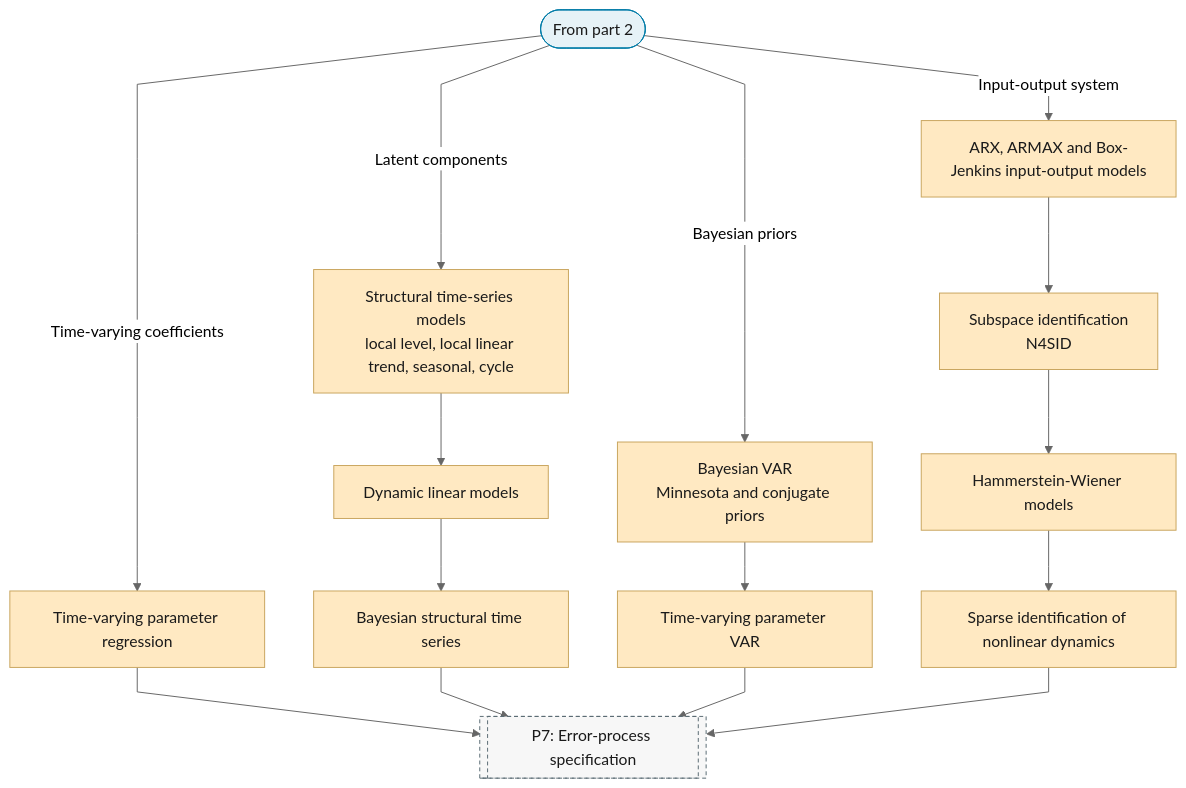
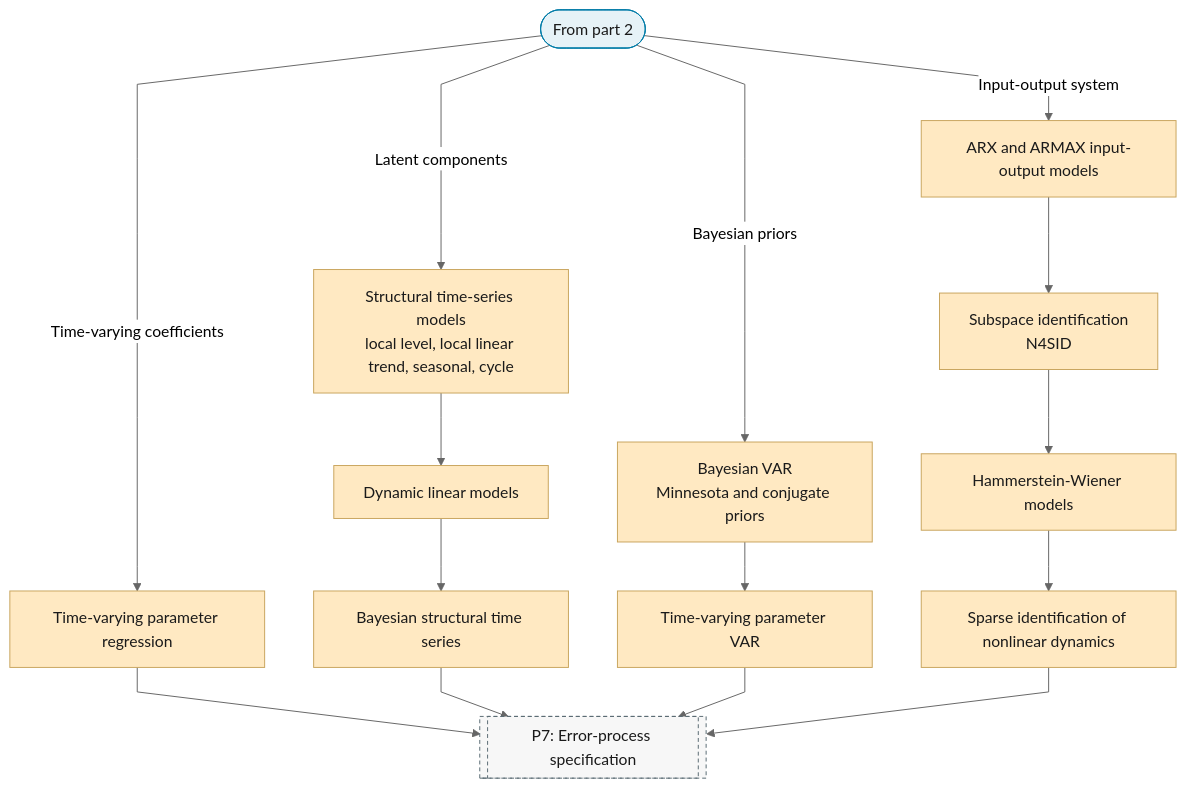
The fourth of 6 diagrams in docs/01-workflow/p06-mean-model-class.md (Shuxin-Y/time-series-analysis-manual), drawn with Mermaid (neutral theme) before and after one commit. The commit also changed other lines of this file and 27 other files, not shown here.

First line of the commit message:
fix(flowchart): one method, one leaf

````diff
--- a/docs/01-workflow/p06-mean-model-class.md
+++ b/docs/01-workflow/p06-mean-model-class.md
@@ -117,26 +117,26 @@
 ```mermaid
 %%{init: {"flowchart": {"curve": "linear"}}}%%
 graph TD
     P6_PART_4_IN(["From part 2"]) -->|"Time-varying coefficients"| P6_TVP_REGRESSION["Time-varying parameter regression"]
     P6_PART_4_IN -->|"Latent components"| P6_STRUCTURAL_TS["Structural time-series models<br/>local level, local linear trend, seasonal, cycle"]
     P6_PART_4_IN -->|"Bayesian priors"| P6_BVAR["Bayesian VAR<br/>Minnesota and conjugate priors"]
-    P6_PART_4_IN -->|"Input-output system"| P6_ARX_ARMAX["ARX, ARMAX and Box-Jenkins input-output models"]
+    P6_PART_4_IN -->|"Input-output system"| P6_ARX_ARMAX["ARX and ARMAX input-output models"]
     P6_STRUCTURAL_TS --> P6_DLM["Dynamic linear models"]
     P6_DLM --> P6_BSTS["Bayesian structural time series"]
     P6_BVAR --> P6_TVP_VAR["Time-varying parameter VAR"]
     P6_ARX_ARMAX --> P6_SUBSPACE["Subspace identification<br/>N4SID"]
     P6_SUBSPACE --> P6_HAMMERSTEIN_WIENER["Hammerstein-Wiener models"]
     P6_HAMMERSTEIN_WIENER --> P6_SINDY["Sparse identification of nonlinear dynamics"]
     P6_TVP_REGRESSION & P6_BSTS & P6_TVP_VAR & P6_SINDY --> P7[["P7: Error-process specification"]]
     class P6_PART_4_IN terminator
     class P6_TVP_REGRESSION,P6_STRUCTURAL_TS,P6_BVAR,P6_ARX_ARMAX,P6_DLM,P6_BSTS,P6_TVP_VAR,P6_SUBSPACE,P6_HAMMERSTEIN_WIENER,P6_SINDY escalate
     class P7 ref
     classDef terminator fill:#E6F2F7,stroke:#007BA7,color:#1A1A1A;
     classDef process fill:#FFFFFF,stroke:#5A6B73,color:#1A1A1A;
     classDef decision fill:#EFE7F0,stroke:#9B7FA7,color:#1A1A1A;
     classDef data fill:#FFF4E0,stroke:#C9A55E,color:#1A1A1A;
     classDef good fill:#DCEFD8,stroke:#4A7A3F,color:#1A1A1A;
     classDef escalate fill:#FFE9C2,stroke:#C9A55E,color:#1A1A1A;
     classDef problem fill:#F2D9DE,stroke:#800020,color:#1A1A1A;
     classDef ref fill:#F7F7F7,stroke:#5A6B73,color:#1A1A1A,stroke-dasharray:4 3;
 ```
````
